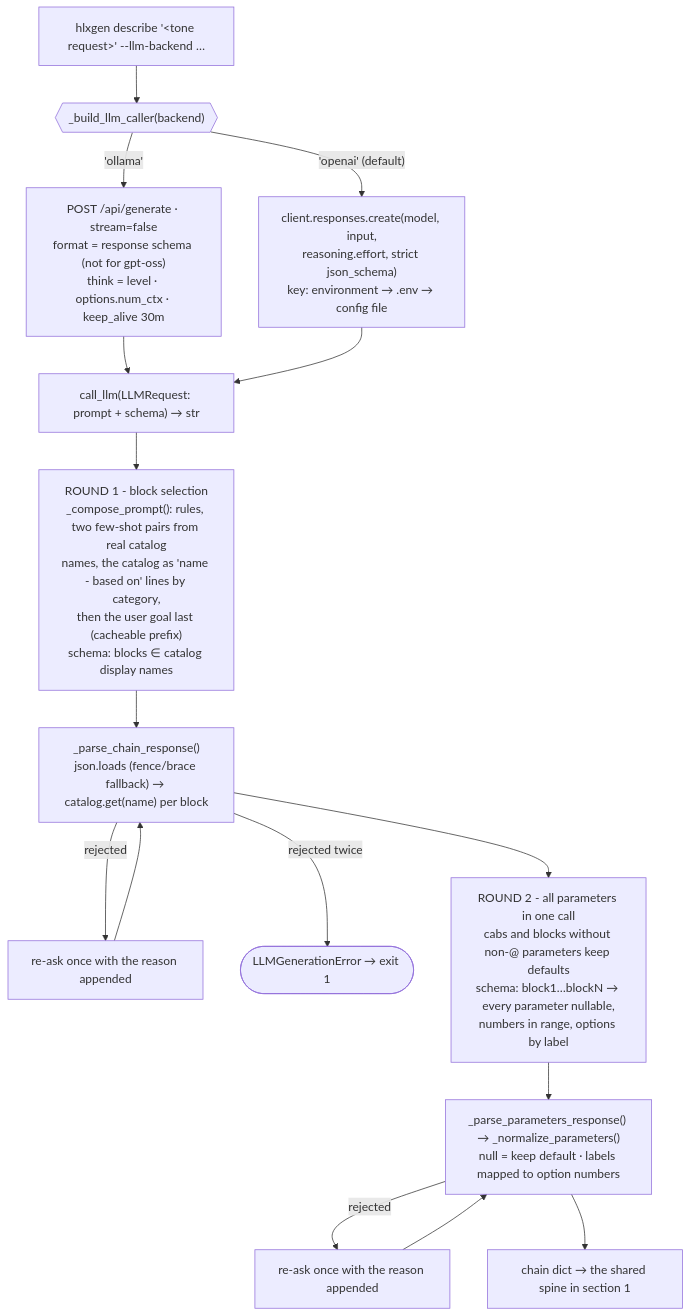
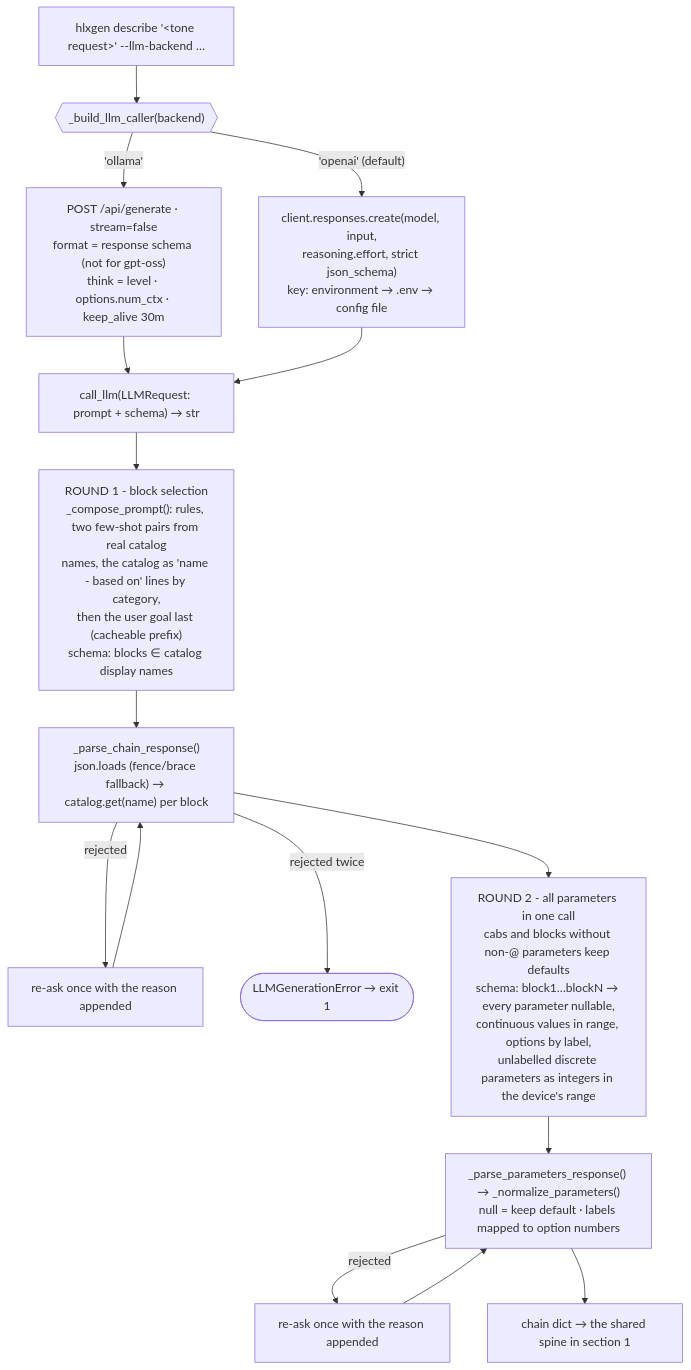
Before and after one commit to ORogers/HelixGen: the second of 5 diagrams in docs/application_flow.md, drawn with Mermaid. The commit also changed other lines of this file and 1 other file, not shown here.

````diff
--- a/docs/application_flow.md
+++ b/docs/application_flow.md
@@ -104,18 +104,18 @@
 ```mermaid
 flowchart TD
     start["hlxgen describe '&lt;tone request&gt;' --llm-backend …"] --> pick{{"_build_llm_caller(backend)"}}
     pick -- "'openai' (default)" --> oa["client.responses.create(model, input,<br>reasoning.effort, strict json_schema)<br>key: environment → .env → config file"]
     pick -- "'ollama'" --> ol["POST /api/generate · stream=false<br>format = response schema (not for gpt-oss)<br>think = level · options.num_ctx · keep_alive 30m"]
 
     ol --> closure["call_llm(LLMRequest: prompt + schema) → str"]
     oa --> closure
 
     closure --> r1["ROUND 1 - block selection<br>_compose_prompt(): rules, two few-shot pairs from real catalog<br>names, the catalog as 'name - based on' lines by category,<br>then the user goal last (cacheable prefix)<br>schema: blocks ∈ catalog display names"]
     r1 --> parse["_parse_chain_response()<br>json.loads (fence/brace fallback) → catalog.get(name) per block"]
     parse -- "rejected" --> retry1["re-ask once with the reason appended"] --> parse
     parse -- "rejected twice" --> fail(["LLMGenerationError → exit 1"])
-    parse --> r2["ROUND 2 - all parameters in one call<br>cabs and blocks without non-@ parameters keep defaults<br>schema: block1…blockN → every parameter nullable,<br>numbers in range, options by label"]
+    parse --> r2["ROUND 2 - all parameters in one call<br>cabs and blocks without non-@ parameters keep defaults<br>schema: block1…blockN → every parameter nullable,<br>continuous values in range, options by label,<br>unlabelled discrete parameters as integers in the device's range"]
     r2 --> norm["_parse_parameters_response() → _normalize_parameters()<br>null = keep default · labels mapped to option numbers"]
     norm -- "rejected" --> retry2["re-ask once with the reason appended"] --> norm
     norm --> out["chain dict → the shared spine in section 1"]
 ```
````
